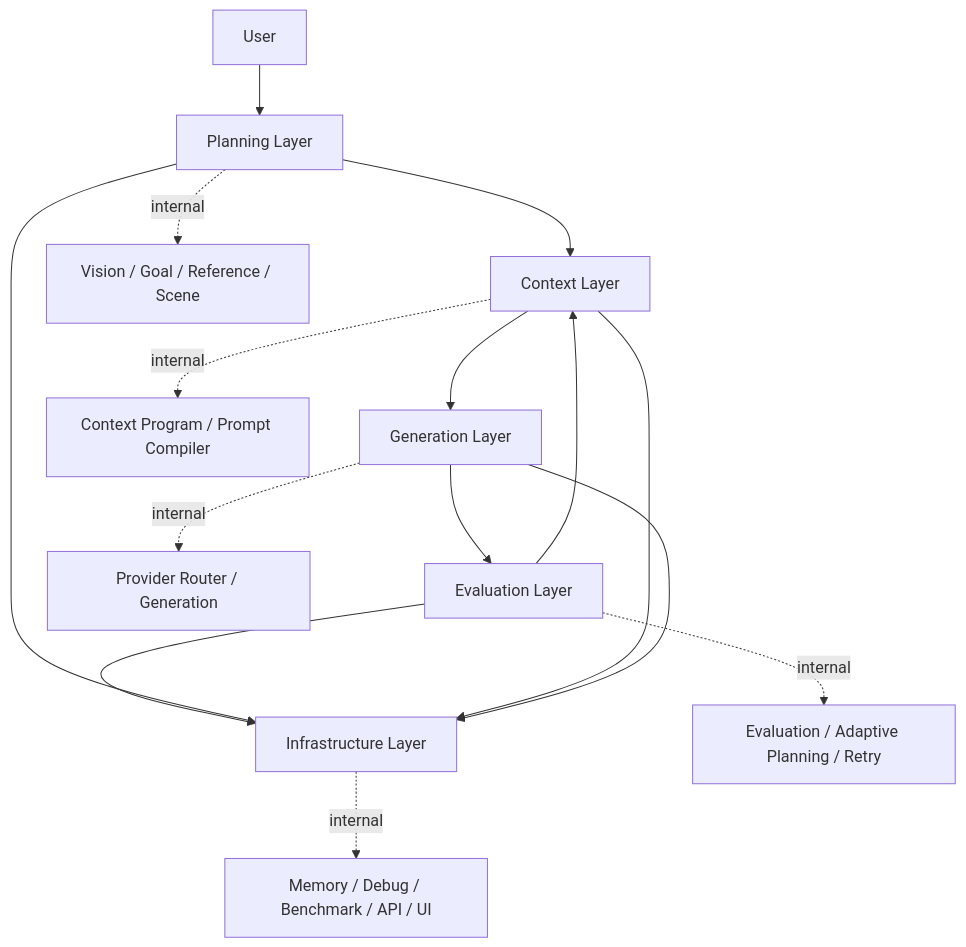
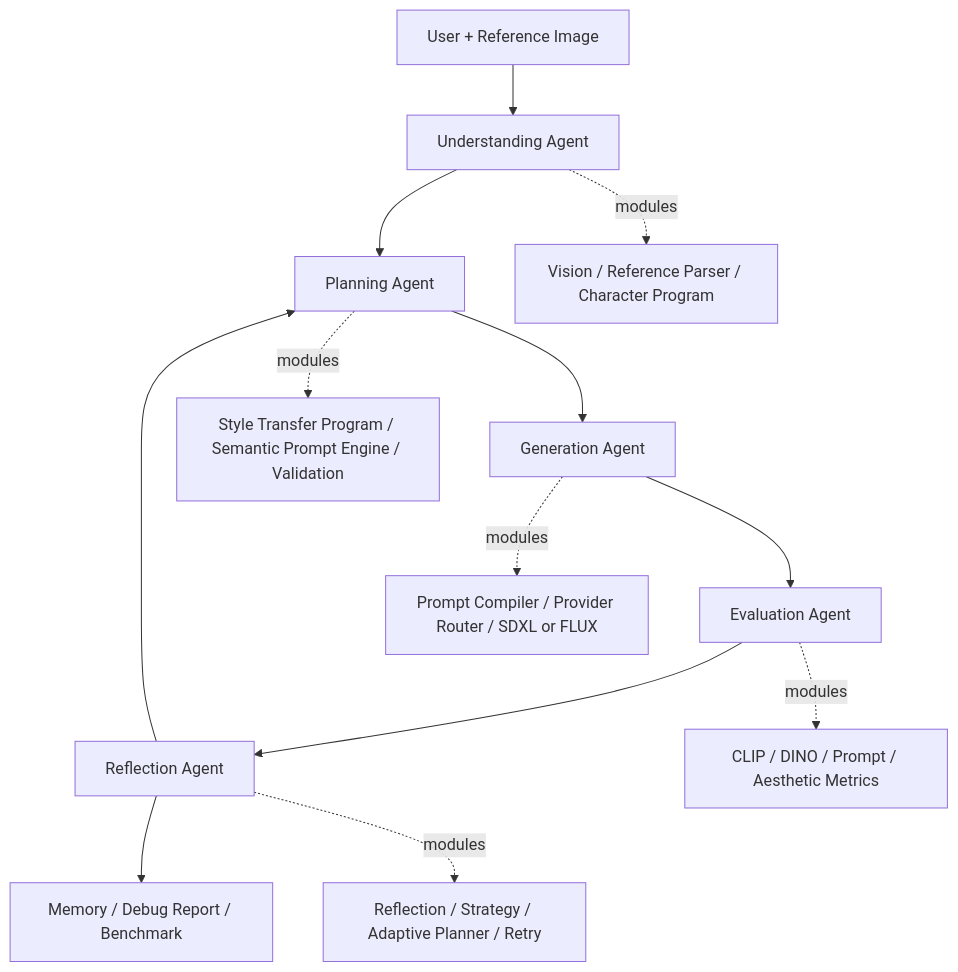
One commit to wooyybb/multimodal-ai-agent-playground changed the diagram in docs/architecture.md. Above: the diagram before and after it, drawn with Mermaid. The commit also changed other lines of this file and 10 other files, not shown here.

Commit message:
refactor(architecture): simplify project into five-agent framework

````diff
--- a/docs/architecture.md
+++ b/docs/architecture.md
@@ -38,18 +40,16 @@
 ```mermaid
 flowchart TD
-    U[User] --> P[Planning Layer]
-    P --> C[Context Layer]
-    C --> G[Generation Layer]
-    G --> E[Evaluation Layer]
-    E --> C
-    E --> I[Infrastructure Layer]
-    P --> I
-    C --> I
-    G --> I
+    U[User + Reference Image] --> A1[Understanding Agent]
+    A1 --> A2[Planning Agent]
+    A2 --> A3[Generation Agent]
+    A3 --> A4[Evaluation Agent]
+    A4 --> A5[Reflection Agent]
+    A5 --> A2
+    A5 --> O[Memory / Debug Report / Benchmark]
 
-    P -.internal.-> P1[Vision / Goal / Reference / Scene]
-    C -.internal.-> C1[Context Program / Prompt Compiler]
-    G -.internal.-> G1[Provider Router / Generation]
-    E -.internal.-> E1[Evaluation / Adaptive Planning / Retry]
-    I -.internal.-> I1[Memory / Debug / Benchmark / API / UI]
+    A1 -.modules.-> M1[Vision / Reference Parser / Character Program]
+    A2 -.modules.-> M2[Style Transfer Program / Semantic Prompt Engine / Validation]
+    A3 -.modules.-> M3[Prompt Compiler / Provider Router / SDXL or FLUX]
+    A4 -.modules.-> M4[CLIP / DINO / Prompt / Aesthetic Metrics]
+    A5 -.modules.-> M5[Reflection / Strategy / Adaptive Planner / Retry]
 ```
````
